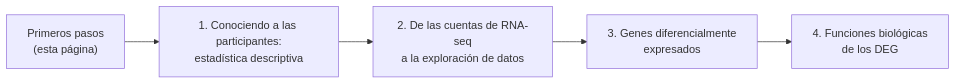
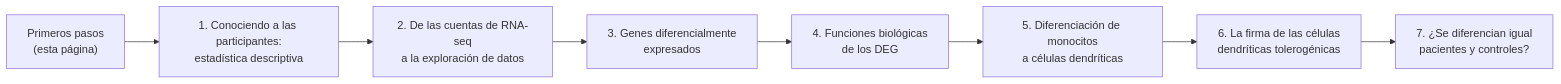
Before and after one commit to EveliaCoss/GeneExprLupusMx: the second of 2 diagrams in articles/intro_es.md, drawn with Mermaid. The commit also changed other lines of this file and 140 other files, not shown here.

````diff
--- a/articles/intro_es.md
+++ b/articles/intro_es.md
@@ -127,13 +148,19 @@
 ``` mermaid
 
 flowchart LR
   P["Primeros pasos
 (esta página)"] --> L1["1. Conociendo a las participantes:
 estadística descriptiva"]
   L1 --> L2["2. De las cuentas de RNA-seq
 a la exploración de datos"]
   L2 --> L3["3. Genes diferencialmente
 expresados"]
   L3 --> L4["4. Funciones biológicas
 de los DEG"]
+  L4 --> L5["5. Diferenciación de monocitos
+a células dendríticas"]
+  L5 --> L6["6. La firma de las células
+dendríticas tolerogénicas"]
+  L6 --> L7["7. ¿Se diferencian igual
+pacientes y controles?"]
 ```
````
